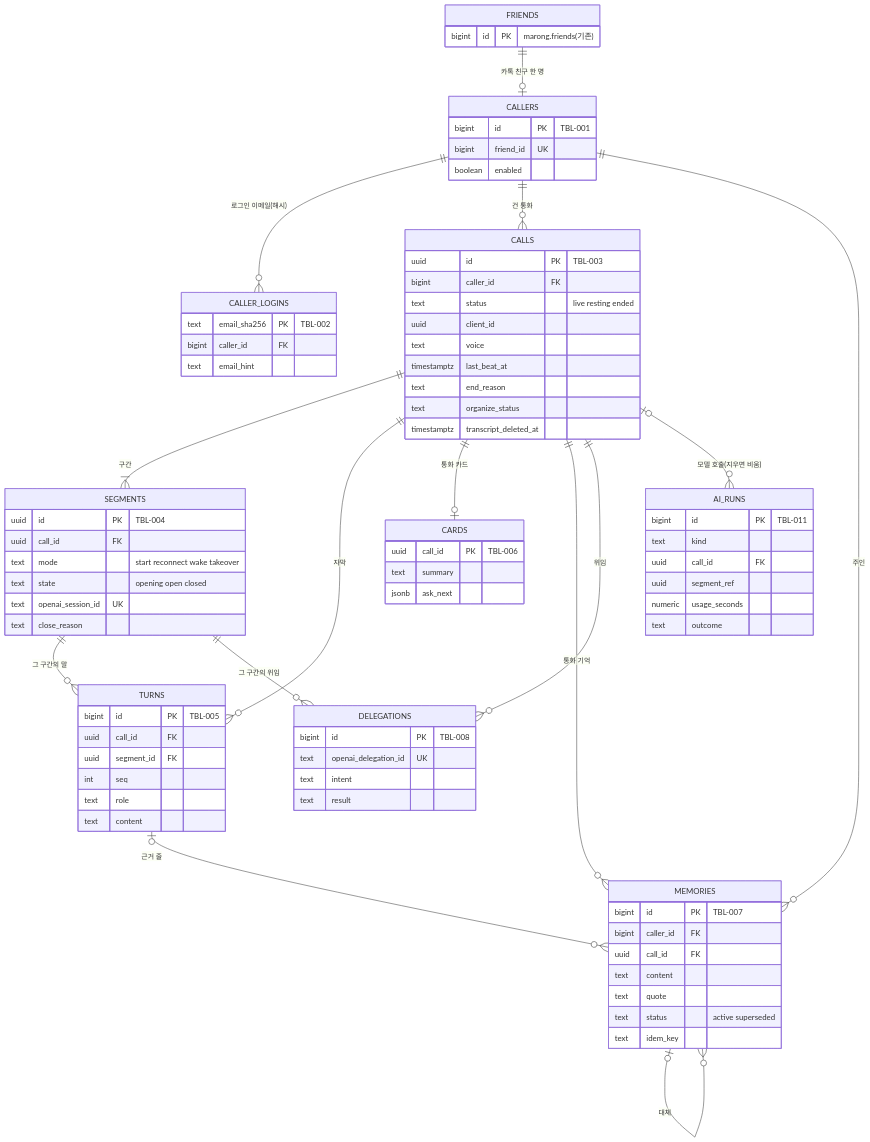
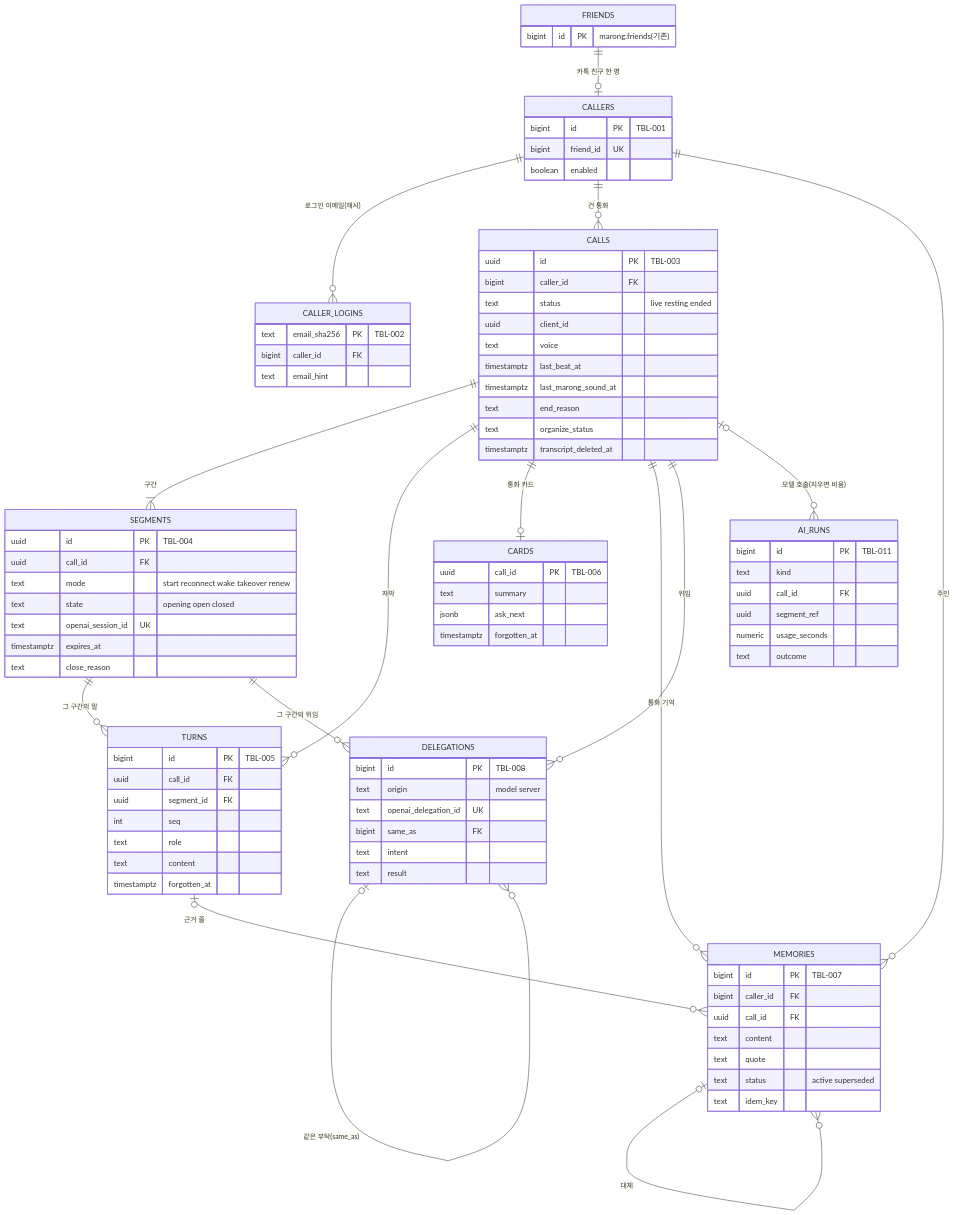
The diagram in docs/05-erd/erd.md (kodonghui/marong2), drawn with Mermaid before and after one commit. The commit also changed other lines of this file and 22 other files, not shown here.

```diff
--- a/docs/05-erd/erd.md
+++ b/docs/05-erd/erd.md
@@ -28,6 +28,7 @@
   MEMORIES |o--o{ MEMORIES : "대체"
   CALLS ||--o{ DELEGATIONS : "위임"
   SEGMENTS ||--o{ DELEGATIONS : "그 구간의 위임"
+  DELEGATIONS |o--o{ DELEGATIONS : "같은 부탁(same_as)"
   CALLS |o--o{ AI_RUNS : "모델 호출(지우면 비움)"
 
   FRIENDS {
@@ -50,6 +51,7 @@
     uuid client_id
     text voice
     timestamptz last_beat_at
+    timestamptz last_marong_sound_at
     text end_reason
     text organize_status
     timestamptz transcript_deleted_at
@@ -57,9 +59,10 @@
   SEGMENTS {
     uuid id PK "TBL-004"
     uuid call_id FK
-    text mode "start reconnect wake takeover"
+    text mode "start reconnect wake takeover renew"
     text state "opening open closed"
     text openai_session_id UK
+    timestamptz expires_at
     text close_reason
   }
   TURNS {
@@ -69,11 +72,13 @@
     int seq
     text role
     text content
+    timestamptz forgotten_at
   }
   CARDS {
     uuid call_id PK "TBL-006"
     text summary
     jsonb ask_next
+    timestamptz forgotten_at
   }
   MEMORIES {
     bigint id PK "TBL-007"
@@ -86,7 +91,9 @@
   }
   DELEGATIONS {
     bigint id PK "TBL-008"
+    text origin "model server"
     text openai_delegation_id UK
+    bigint same_as FK
     text intent
     text result
   }
```
